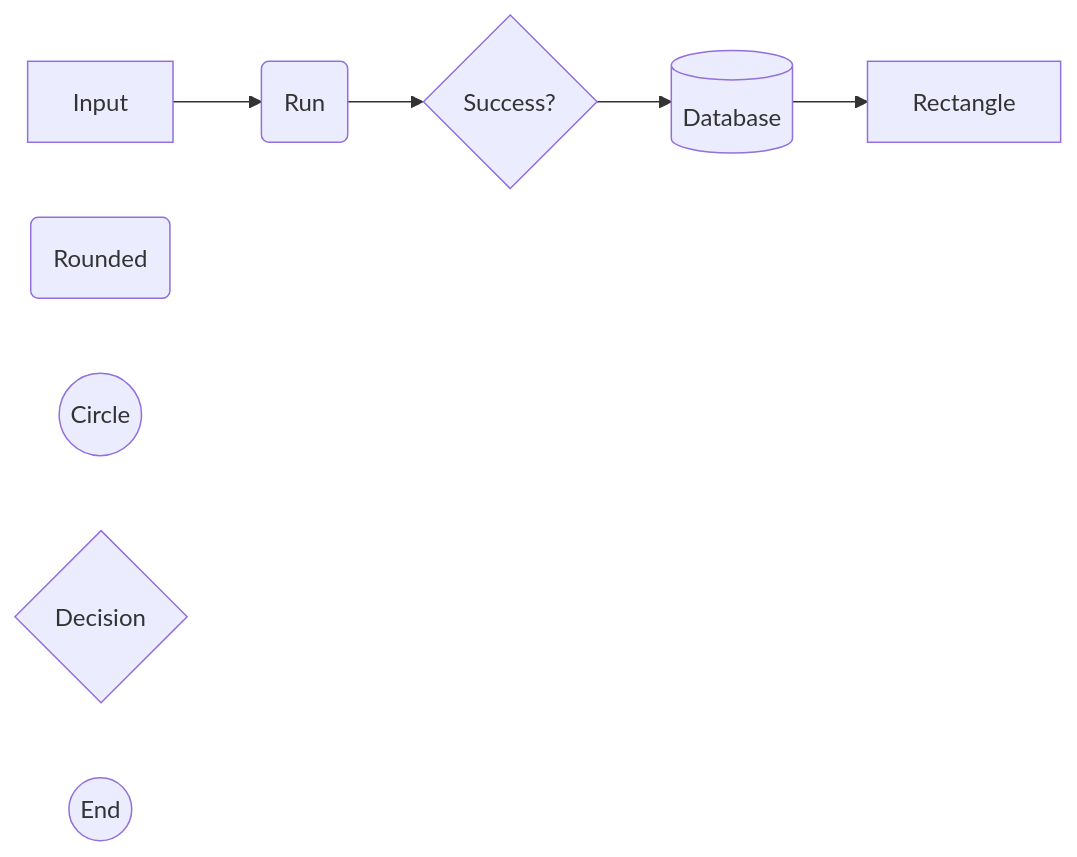
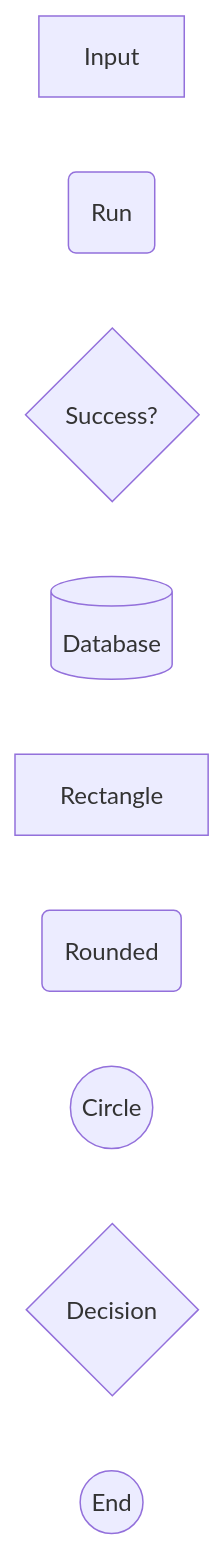
The diagram in 03.diagrams/readme.md (punitkatiyar/markdown-master-guide), drawn with Mermaid before and after one commit.

Commit message:
Clean up mermaid diagram in readme.md
Removed unnecessary lines from the diagram code.

````diff
--- a/03.diagrams/readme.md
+++ b/03.diagrams/readme.md
@@ -14,20 +14,12 @@
 ```mermaid
 flowchart LR
-
 A[Input]
 B(Run)
 C{Success?}
 D[(Database)]
 E[Rectangle]
 F(Rounded)
 G((Circle))
 H{Decision}
 I((End))
-
-
-
-A --> B
-B --> C
-C --> D
-D --> E
 ```
````
